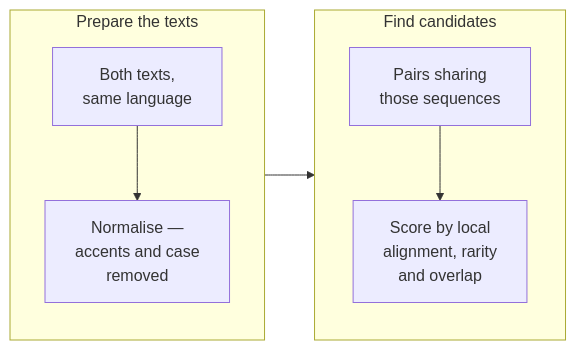
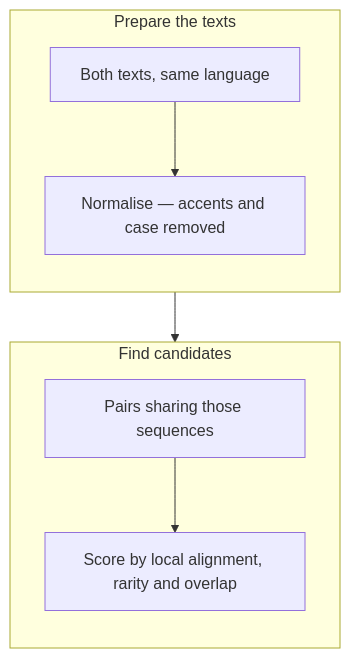
Before and after one commit to ding0t/bible_studies: the diagram in .claude/skills/develop-bible-study/diagrams.md, drawn with Mermaid. The commit also changed other lines of this file and 1 other file, not shown here.

First line of the commit message:
fix(cross-ref): stack the pipeline diagram, and cut two prose tells

````diff
--- a/.claude/skills/develop-bible-study/diagrams.md
+++ b/.claude/skills/develop-bible-study/diagrams.md
@@ -48,16 +50,12 @@
 ```mermaid
-flowchart LR
+flowchart TD
     subgraph prep["Prepare the texts"]
       direction TB
-      A["Both texts,<br/>same language"]
-      B["Normalise —<br/>accents and case<br/>removed"]
-      A --> B
+      A["Both texts, same language"] --> B["Normalise — accents and case removed"]
     end
     subgraph match["Find candidates"]
       direction TB
-      D["Pairs sharing<br/>those sequences"]
-      E["Score by local<br/>alignment, rarity<br/>and overlap"]
-      D --> E
+      D["Pairs sharing those sequences"] --> E["Score by local alignment, rarity and overlap"]
     end
     prep --> match
 ```
````
